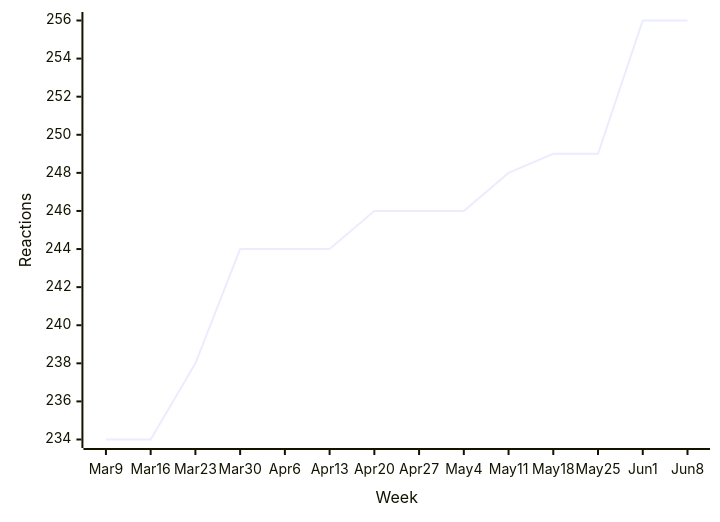
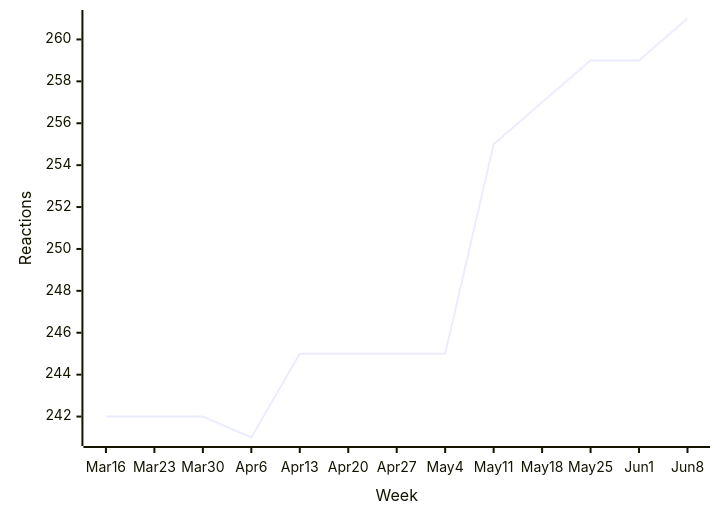
Before and after one commit to loic-sharma/github-insights: the eighth of 45 diagrams in README.md, drawn with Mermaid. The commit also changed other lines of this file and 3 other files, not shown here.

````diff
--- a/README.md
+++ b/README.md
@@ -458,6 +458,6 @@
   ```mermaid
   xychart-beta
-    x-axis "Week" [Mar 9, Mar 16, Mar 23, Mar 30, Apr 6, Apr 13, Apr 20, Apr 27, May 4, May 11, May 18, May 25, Jun 1, Jun 8]
+    x-axis "Week" [Mar 16, Mar 23, Mar 30, Apr 6, Apr 13, Apr 20, Apr 27, May 4, May 11, May 18, May 25, Jun 1, Jun 8]
     y-axis "Reactions"
-    line [234, 234, 238, 244, 244, 244, 246, 246, 246, 248, 249, 249, 256, 256]
+    line [242, 242, 242, 241, 245, 245, 245, 245, 255, 257, 259, 259, 261]
   ```
````
